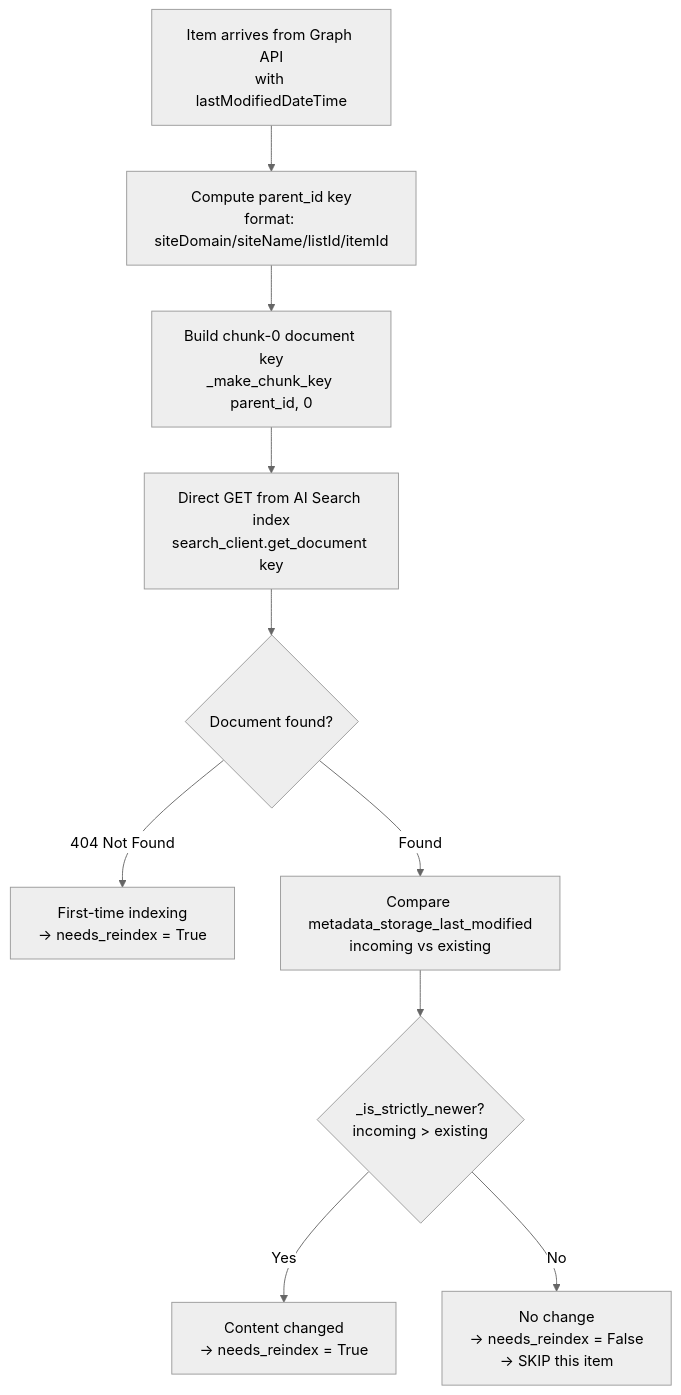
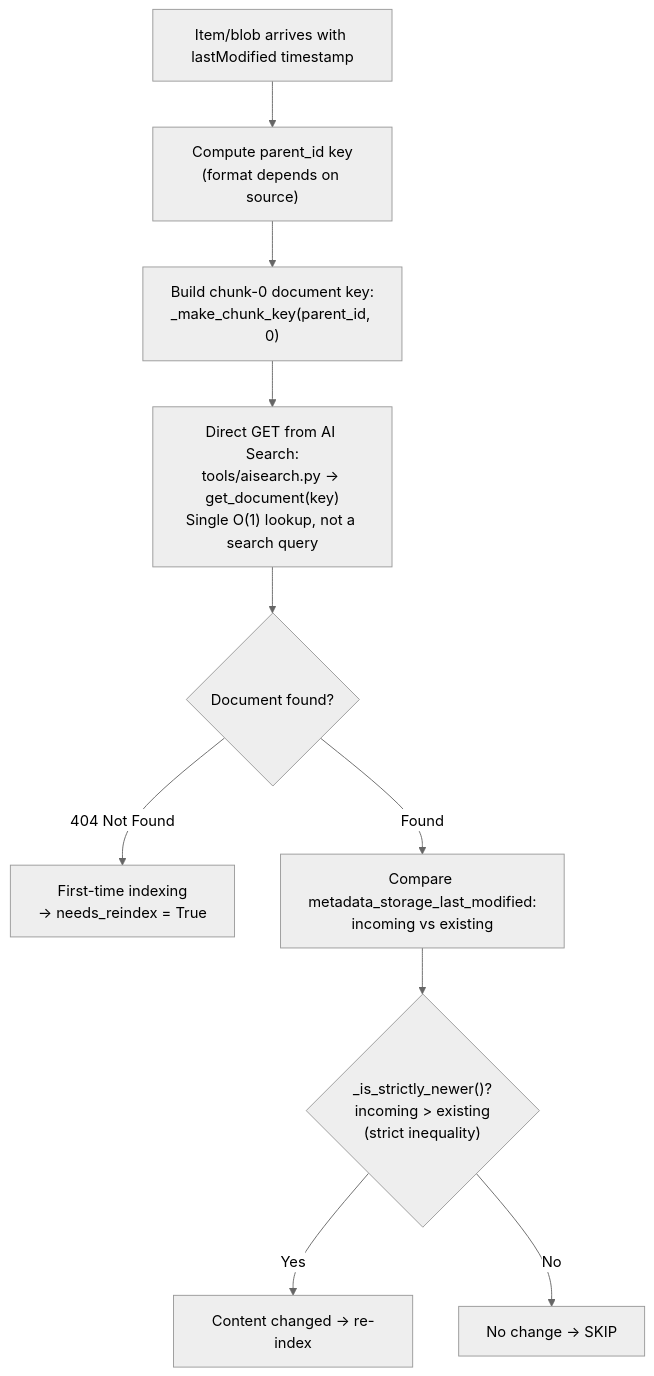
Before and after one commit to nicarzv/RAG: the seventh of 11 diagrams in detailed ingestion process.md, drawn with Mermaid (neutral theme). The commit also changed other lines of this file, not shown here.

````diff
--- a/detailed ingestion process.md
+++ b/detailed ingestion process.md
@@ -354,12 +629,12 @@
 ```mermaid
 flowchart TB
-    A[Item arrives from Graph API<br/>with lastModifiedDateTime] --> B[Compute parent_id key<br/>format: siteDomain/siteName/listId/itemId]
-    B --> C[Build chunk-0 document key<br/>_make_chunk_key parent_id, 0]
-    C --> D[Direct GET from AI Search index<br/>search_client.get_document key]
+    A["Item/blob arrives with lastModified timestamp"] --> B["Compute parent_id key<br/>(format depends on source)"]
+    B --> C["Build chunk-0 document key:<br/>_make_chunk_key(parent_id, 0)"]
+    C --> D["Direct GET from AI Search:<br/>tools/aisearch.py → get_document(key)<br/>Single O(1) lookup, not a search query"]
     D --> E{Document found?}
-    E -->|404 Not Found| F[First-time indexing<br/>→ needs_reindex = True]
-    E -->|Found| G[Compare metadata_storage_last_modified<br/>incoming vs existing]
-    G --> H{_is_strictly_newer?<br/>incoming > existing}
-    H -->|Yes| I[Content changed<br/>→ needs_reindex = True]
-    H -->|No| J[No change<br/>→ needs_reindex = False<br/>→ SKIP this item]
+    E -->|404 Not Found| F["First-time indexing<br/>→ needs_reindex = True"]
+    E -->|Found| G["Compare metadata_storage_last_modified:<br/>incoming vs existing"]
+    G --> H{"_is_strictly_newer()?<br/>incoming > existing<br/>(strict inequality)"}
+    H -->|Yes| I["Content changed → re-index"]
+    H -->|No| J["No change → SKIP"]
 ```
````
